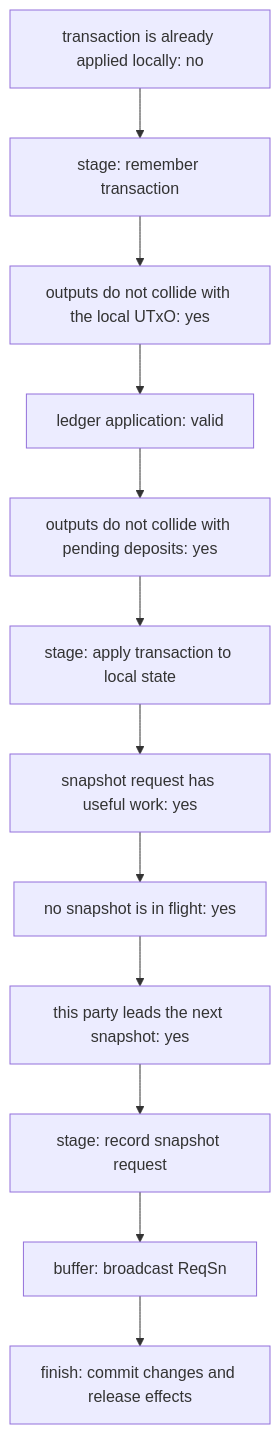
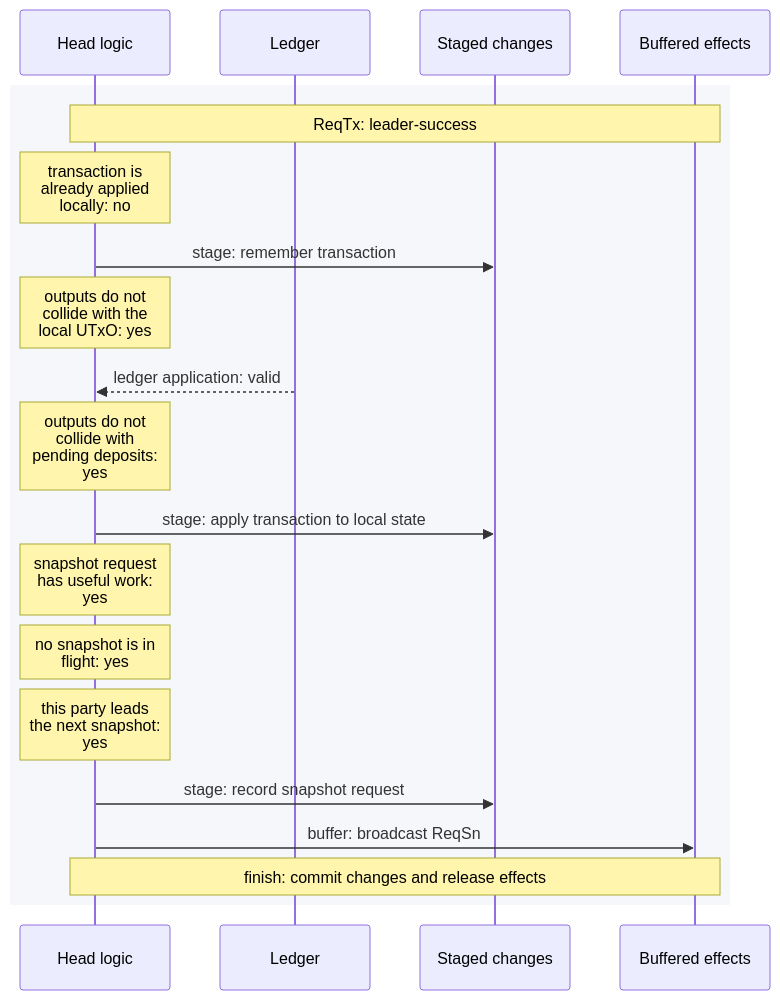
One commit to cardano-scaling/hydra changed the first of 6 diagrams in docs/docs/dev/architecture/head-logic-traces/README.md. Above: the diagram before and after it, drawn with Mermaid. The commit also changed other lines of this file and 25 other files, not shown here.

Commit message:
re-org diagrams

````diff
--- a/docs/docs/dev/architecture/head-logic-traces/README.md
+++ b/docs/docs/dev/architecture/head-logic-traces/README.md
@@ -16,26 +20,23 @@
 ```mermaid
-flowchart TD
-  n0["transaction is already applied locally: no"]
-  n1["stage: remember transaction"]
-  n2["outputs do not collide with the local UTxO: yes"]
-  n3["ledger application: valid"]
-  n4["outputs do not collide with pending deposits: yes"]
-  n5["stage: apply transaction to local state"]
-  n6["snapshot request has useful work: yes"]
-  n7["no snapshot is in flight: yes"]
-  n8["this party leads the next snapshot: yes"]
-  n9["stage: record snapshot request"]
-  n10["buffer: broadcast ReqSn"]
-  n11["finish: commit changes and release effects"]
-  n0 --> n1
-  n1 --> n2
-  n2 --> n3
-  n3 --> n4
-  n4 --> n5
-  n5 --> n6
-  n6 --> n7
-  n7 --> n8
-  n8 --> n9
-  n9 --> n10
-  n10 --> n11
+%%{init: {"sequence": {"wrap": true}}}%%
+sequenceDiagram
+  participant logic as Head logic
+  participant ledger as Ledger
+  participant changes as Staged changes
+  participant effects as Buffered effects
+  rect rgb(245, 247, 250)
+    Note over logic,effects: ReqTx: leader-success
+    Note over logic: transaction is already applied locally: no
+    logic->>changes: stage: remember transaction
+    Note over logic: outputs do not collide with the local UTxO: yes
+    ledger-->>logic: ledger application: valid
+    Note over logic: outputs do not collide with pending deposits: yes
+    logic->>changes: stage: apply transaction to local state
+    Note over logic: snapshot request has useful work: yes
+    Note over logic: no snapshot is in flight: yes
+    Note over logic: this party leads the next snapshot: yes
+    logic->>changes: stage: record snapshot request
+    logic->>effects: buffer: broadcast ReqSn
+    Note over logic,effects: finish: commit changes and release effects
+  end
 ```
````
